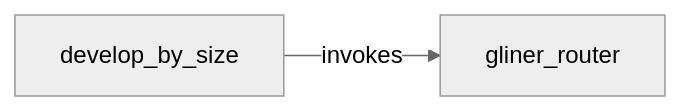
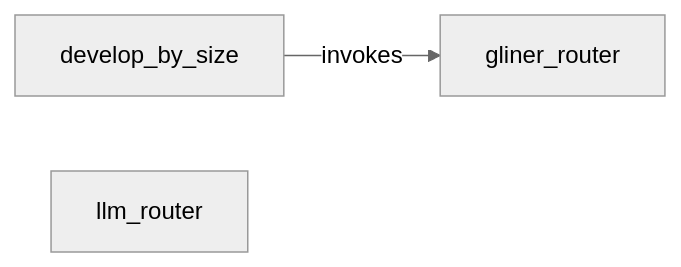
Before and after one commit to jtmckay/decree: the diagram in examples/route-by-complexity/.decree/graph/system.md, drawn with Mermaid (neutral theme). The commit also changed other lines of this file and 41 other files, not shown here.

````diff
--- a/examples/route-by-complexity/.decree/graph/system.md
+++ b/examples/route-by-complexity/.decree/graph/system.md
@@ -8,6 +9,7 @@
 ```mermaid
 flowchart LR
     develop_by_size["develop_by_size"]
     gliner_router["gliner_router"]
+    llm_router["llm_router"]
     develop_by_size -->|invokes| gliner_router
 ```
````
